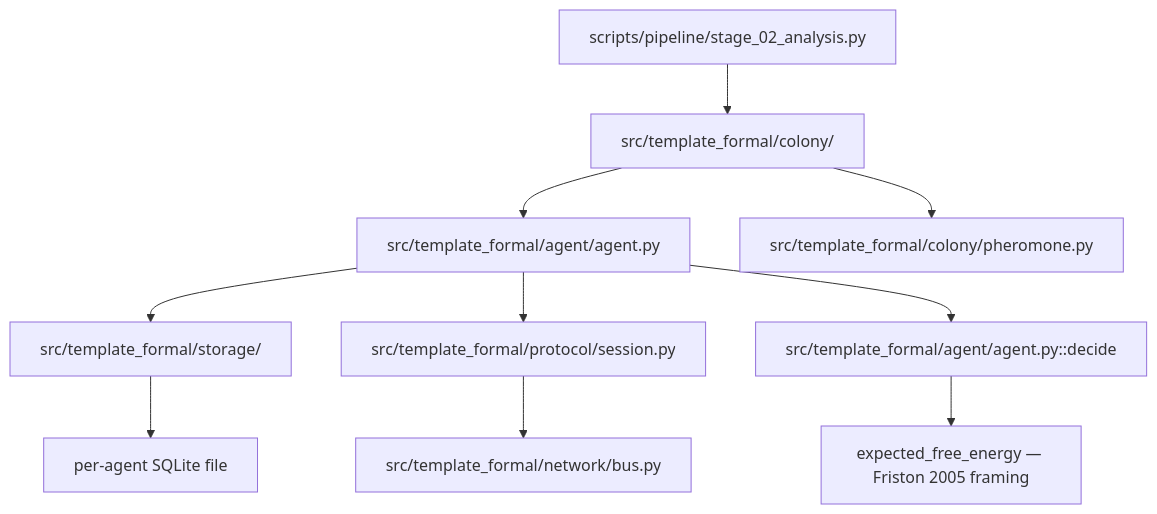
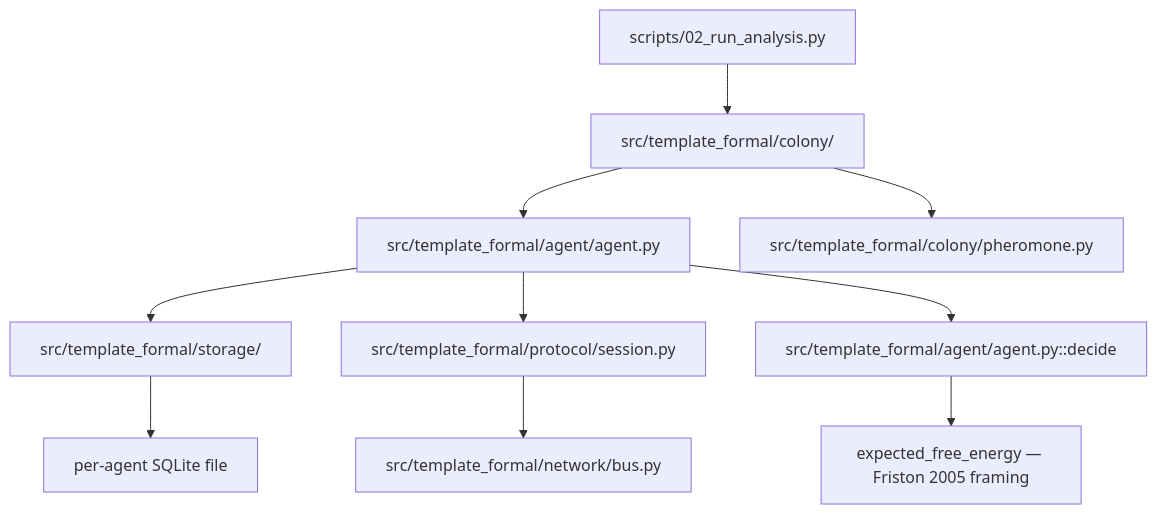
The diagram in README.md (docxology/template_formal), drawn with Mermaid before and after one commit. The commit also changed other lines of this file and 19 other files, not shown here.

````diff
--- a/README.md
+++ b/README.md
@@ -240,12 +241,12 @@
 ```mermaid
 graph TD
-    A[scripts/pipeline/stage_02_analysis.py] --> B[src/template_formal/colony/]
+    A[scripts/02_run_analysis.py] --> B[src/template_formal/colony/]
     B --> C[src/template_formal/agent/agent.py]
     C --> D[src/template_formal/storage/]
     C --> E[src/template_formal/protocol/session.py]
     C --> F[src/template_formal/agent/agent.py::decide]
     D --> G[per-agent SQLite file]
     E --> H[src/template_formal/network/bus.py]
     B --> I[src/template_formal/colony/pheromone.py]
     F --> J[expected_free_energy — Friston 2005 framing]
 ```
````
